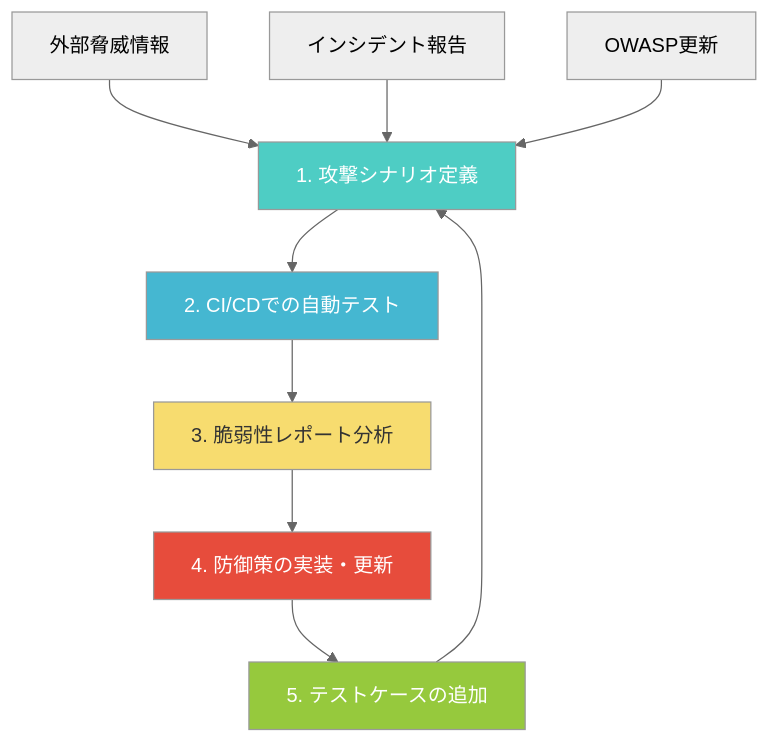
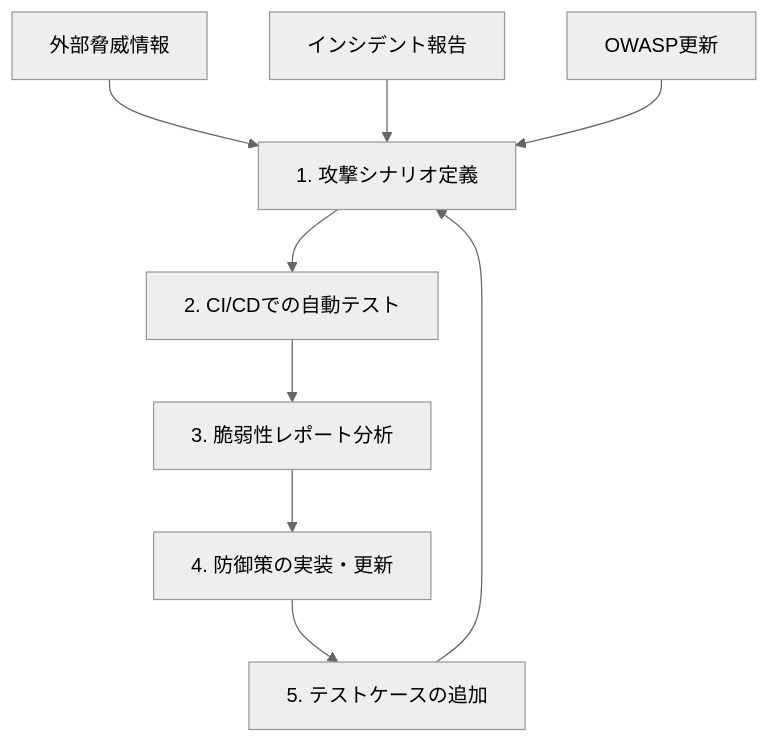
The third of 3 diagrams in articles/4d161bc6646df4.md (0h-n0/zenn-contents), drawn with Mermaid (neutral theme) before and after one commit. The commit also changed other lines of this file and 13 other files, not shown here.

First line of the commit message:
fix: Mermaidダイアグラムのカスタムスタイル(fill/stroke/color)を削除

````diff
--- a/articles/4d161bc6646df4.md
+++ b/articles/4d161bc6646df4.md
@@ -622,18 +616,13 @@
 ```mermaid
 graph TD
     A["1. 攻撃シナリオ定義"] --> B["2. CI/CDでの自動テスト"]
     B --> C["3. 脆弱性レポート分析"]
     C --> D["4. 防御策の実装・更新"]
     D --> E["5. テストケースの追加"]
     E --> A
 
     F["外部脅威情報"] --> A
     G["インシデント報告"] --> A
     H["OWASP更新"] --> A
 
-    style A fill:#4ecdc4,color:#fff
-    style B fill:#45b7d1,color:#fff
-    style C fill:#f7dc6f,color:#333
-    style D fill:#e74c3c,color:#fff
-    style E fill:#96c93d,color:#fff
 ```
````
